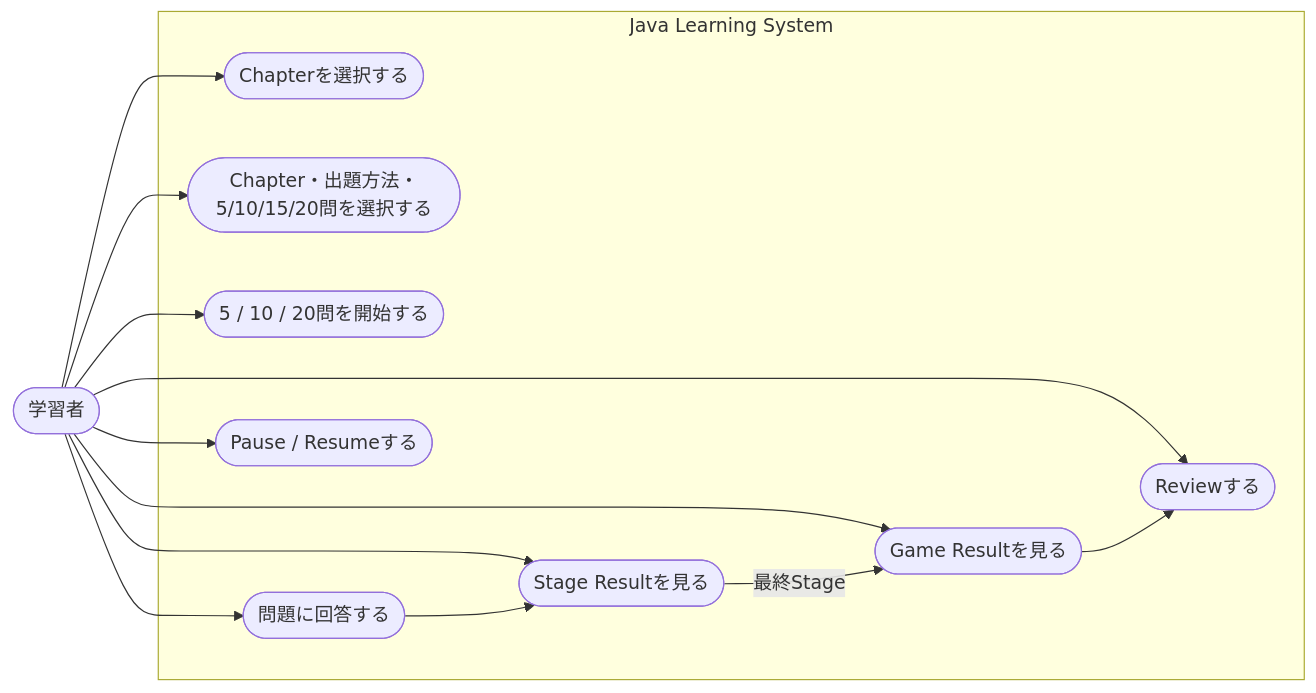
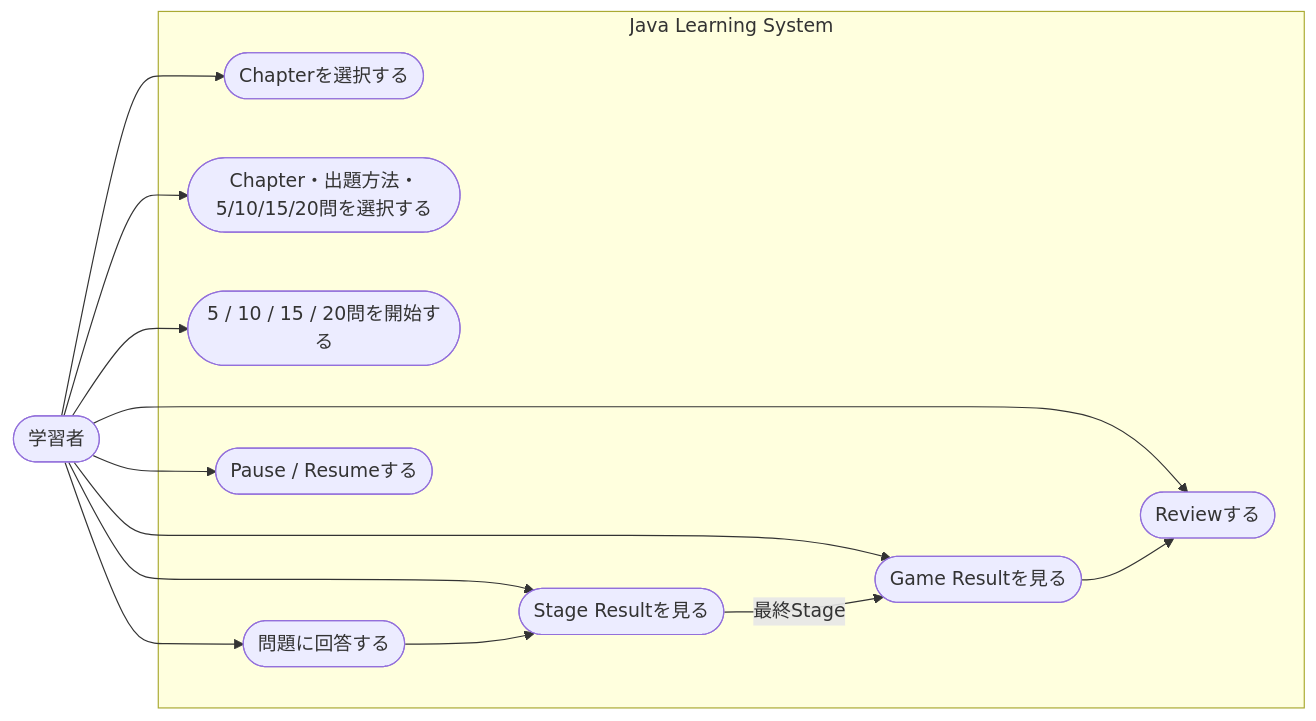
Before and after one commit to suu-dev-0203/graduation_JAVAgame: diagram 17 of 29 in README.md, drawn with Mermaid. The commit also changed other lines of this file and 1 other file, not shown here.

````diff
--- a/README.md
+++ b/README.md
@@ -807,29 +809,29 @@
 ```mermaid
 flowchart LR
     USER([学習者])
 
     subgraph SYSTEM[Java Learning System]
         UC1([Chapterを選択する])
         UC2([Chapter・出題方法・5/10/15/20問を選択する])
-        UC3([5 / 10 / 20問を開始する])
+        UC3([5 / 10 / 15 / 20問を開始する])
         UC4([問題に回答する])
         UC5([Pause / Resumeする])
         UC6([Stage Resultを見る])
         UC7([Game Resultを見る])
         UC8([Reviewする])
     end
 
     USER --> UC1
     USER --> UC2
     USER --> UC3
     USER --> UC4
     USER --> UC5
     USER --> UC6
     USER --> UC7
     USER --> UC8
 
     UC4 --> UC6
     UC6 -->|最終Stage| UC7
     UC7 --> UC8
 
 ```
````
